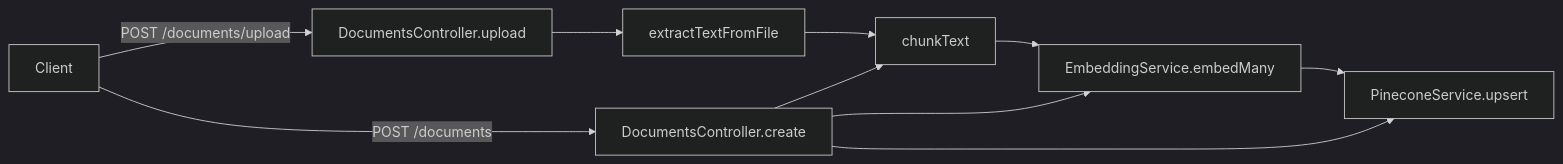
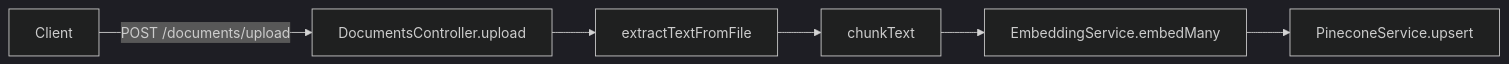
The first of 2 diagrams in README.md (EricMariano/chat-policy-backend), drawn with Mermaid (dark theme) before and after one commit. The commit also changed other lines of this file and 4 other files, not shown here.

````diff
--- a/README.md
+++ b/README.md
@@ -182,13 +162,8 @@
 ```mermaid
 graph LR
 Client[Client] -->|POST /documents/upload| Upload[DocumentsController.upload]
 Upload --> Extract[extractTextFromFile]
 Extract --> Chunk[chunkText]
 Chunk --> EmbedMany[EmbeddingService.embedMany]
 EmbedMany --> Upsert[PineconeService.upsert]
-
-Client -->|POST /documents| Create[DocumentsController.create]
-Create --> Chunk
-Create --> EmbedMany
-Create --> Upsert
 ```
````
